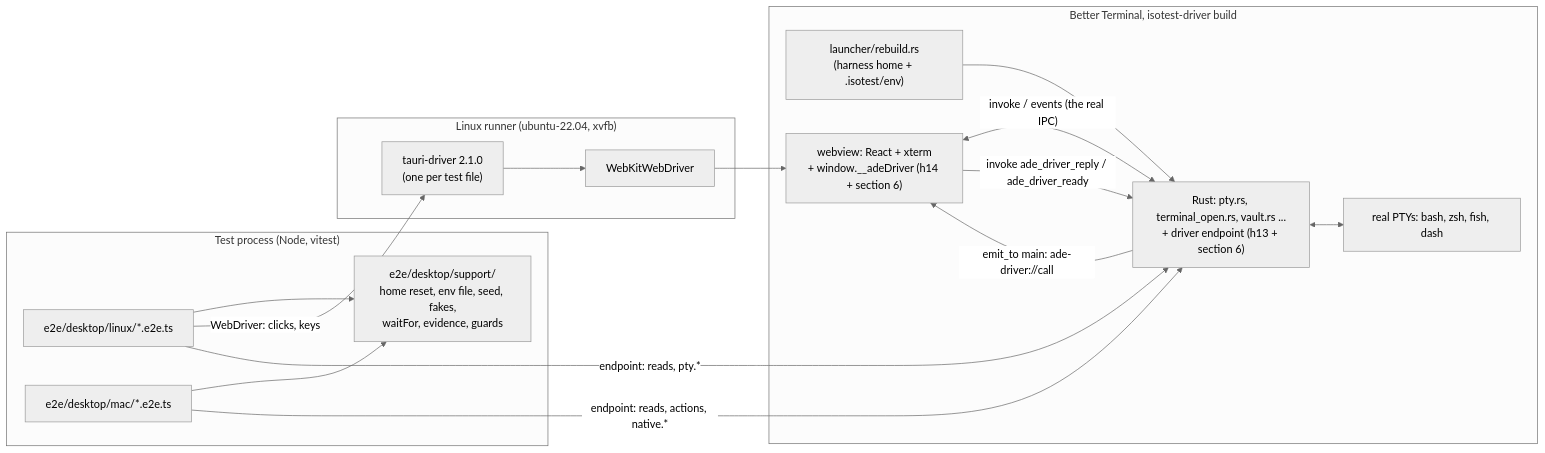
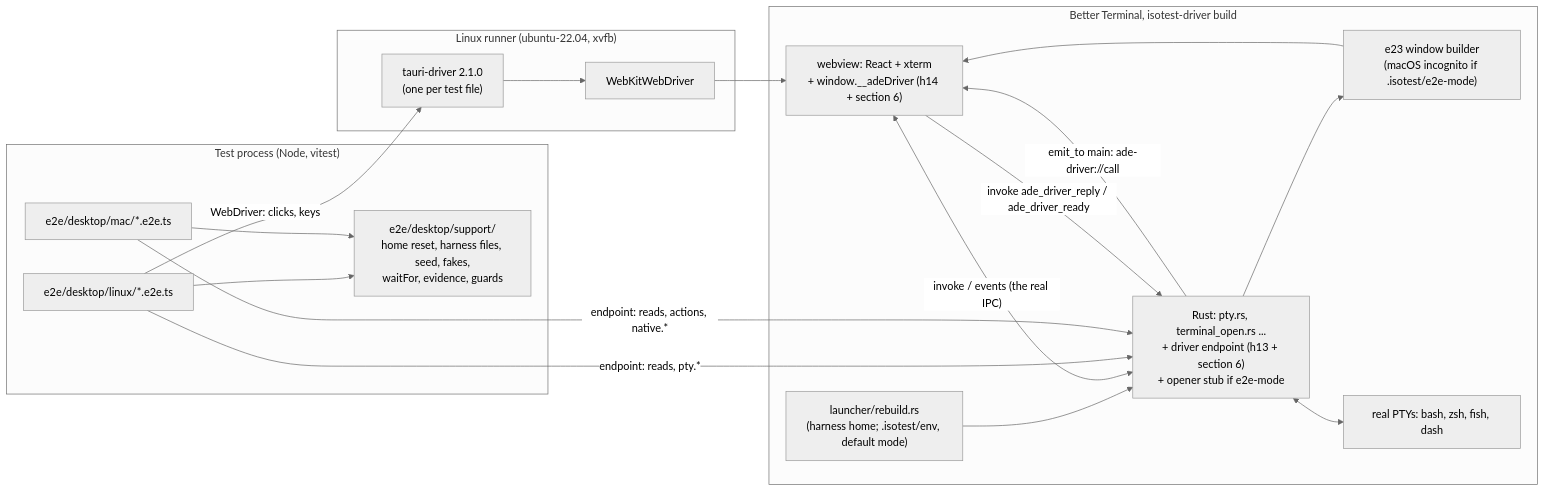
The first of 2 diagrams in docs/superpowers/specs/2026-11-09-desktop-e2e-design.md (alvin-reyes/better-agentic-ide), drawn with Mermaid (neutral theme) before and after one commit. The commit also changed other lines of this file and 2 other files, not shown here.

Commit message:
Design: desktop e2e plan, revision 3 (macOS-only incognito from e23's builder, quiesce defined, checked harness files; ADR 0030 still proposed)

````diff
--- a/docs/superpowers/specs/2026-11-09-desktop-e2e-design.md
+++ b/docs/superpowers/specs/2026-11-09-desktop-e2e-design.md
@@ -105,28 +136,30 @@
 ```mermaid
 flowchart LR
   subgraph Runner["Test process (Node, vitest)"]
     LS["e2e/desktop/linux/*.e2e.ts"]
     MS["e2e/desktop/mac/*.e2e.ts"]
-    SUP["e2e/desktop/support/\nhome reset, env file, seed, fakes,\nwaitFor, evidence, guards"]
+    SUP["e2e/desktop/support/\nhome reset, harness files, seed, fakes,\nwaitFor, evidence, guards"]
   end
   subgraph Linux["Linux runner (ubuntu-22.04, xvfb)"]
     TD["tauri-driver 2.1.0\n(one per test file)"] --> WKD["WebKitWebDriver"]
   end
   subgraph App["Better Terminal, isotest-driver build"]
-    RB["launcher/rebuild.rs\n(harness home + .isotest/env)"]
+    RB["launcher/rebuild.rs\n(harness home; .isotest/env, default mode)"]
+    WB["e23 window builder\n(macOS incognito if .isotest/e2e-mode)"]
     WV["webview: React + xterm\n+ window.__adeDriver (h14 + section 6)"]
-    RS["Rust: pty.rs, terminal_open.rs, vault.rs ...\n+ driver endpoint (h13 + section 6)"]
+    RS["Rust: pty.rs, terminal_open.rs ...\n+ driver endpoint (h13 + section 6)\n+ opener stub if e2e-mode"]
     RB --> RS
+    RS --> WB --> WV
     WV <-- "invoke / events (the real IPC)" --> RS
     PTY["real PTYs: bash, zsh, fish, dash"]
     RS <--> PTY
   end
   LS --> SUP
   MS --> SUP
   LS -- "WebDriver: clicks, keys" --> TD
   WKD --> WV
   LS -- "endpoint: reads, pty.*" --> RS
   MS -- "endpoint: reads, actions, native.*" --> RS
   RS -- "emit_to main: ade-driver://call" --> WV
   WV -- "invoke ade_driver_reply / ade_driver_ready" --> RS
 ```
````
